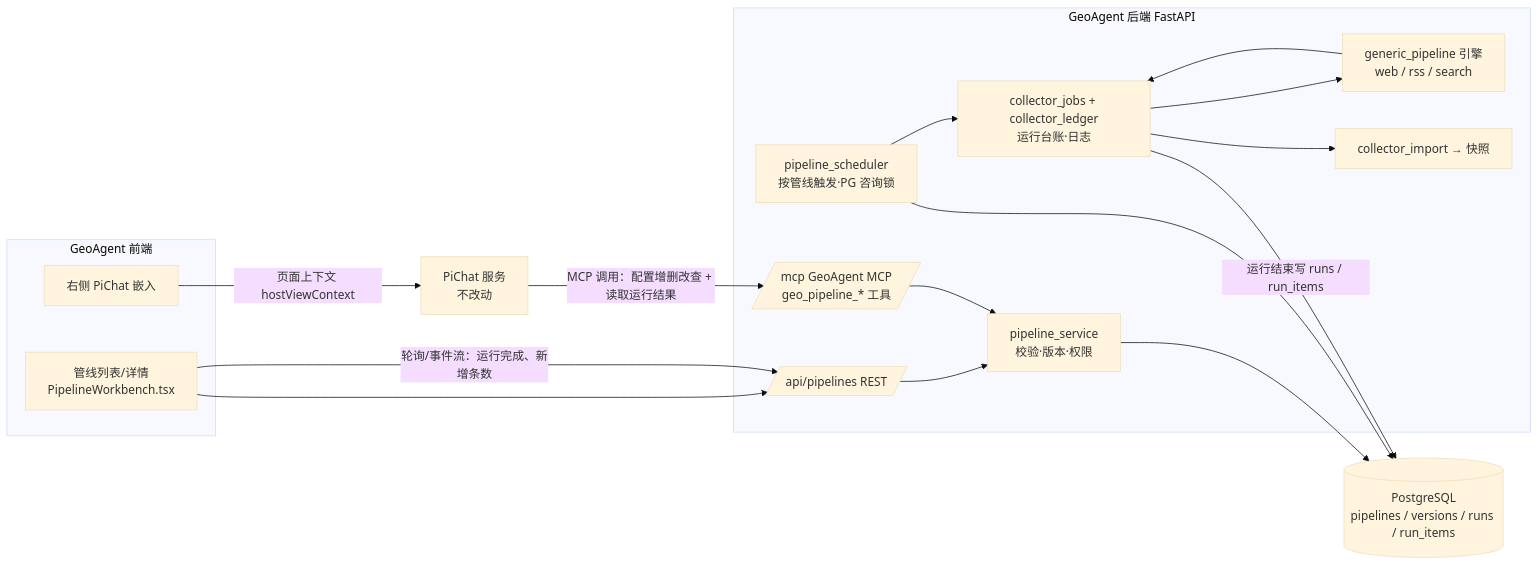
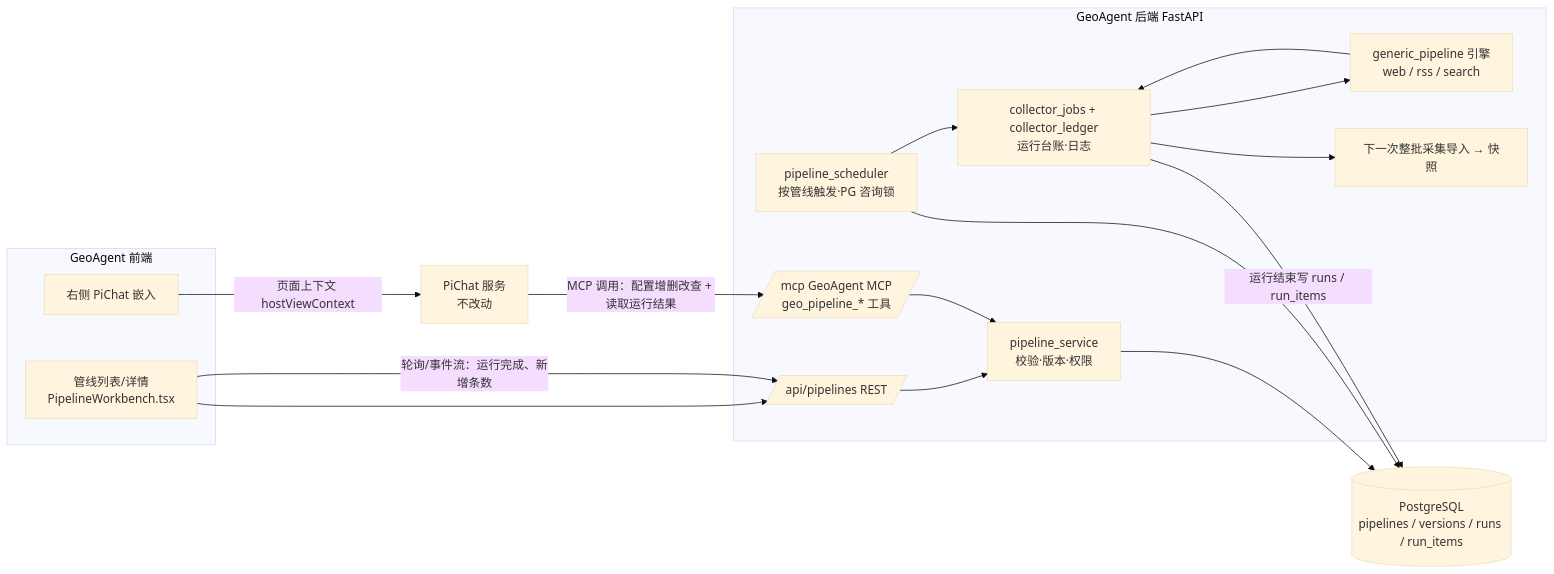
The diagram in docs/superpowers/specs/2026-11-11-采集管线自定义配置设计.md (ryanwu2023/GeoAgent), drawn with Mermaid (base theme) before and after one commit. The commit also changed other lines of this file and 1 other file, not shown here.

````diff
--- a/docs/superpowers/specs/2026-11-11-采集管线自定义配置设计.md
+++ b/docs/superpowers/specs/2026-11-11-采集管线自定义配置设计.md
@@ -68,28 +68,28 @@
 ```mermaid
 flowchart LR
   subgraph UI[GeoAgent 前端]
     L[管线列表/详情<br/>PipelineWorkbench.tsx]
     R[右侧 PiChat 嵌入]
   end
   subgraph API[GeoAgent 后端 FastAPI]
     REST[/api/pipelines REST/]
     MCP[/mcp GeoAgent MCP<br/>geo_pipeline_* 工具/]
     SVC[pipeline_service<br/>校验·版本·权限]
     SCH[pipeline_scheduler<br/>按管线触发·PG 咨询锁]
     ENG[generic_pipeline 引擎<br/>web / rss / search]
     RUN[collector_jobs + collector_ledger<br/>运行台账·日志]
-    IMP[collector_import → 快照]
+    IMP[下一次整批采集导入 → 快照]
   end
   PG[(PostgreSQL<br/>pipelines / versions / runs / run_items)]
   PC[PiChat 服务<br/>不改动]
 
   L --> REST --> SVC
   L -- 轮询/事件流：运行完成、新增条数 --> REST
   R -- 页面上下文 hostViewContext --> PC
   PC -- MCP 调用：配置增删改查 + 读取运行结果 --> MCP --> SVC
   SVC --> PG
   SCH --> PG
   SCH --> RUN --> ENG
   ENG --> RUN --> IMP
   RUN -- 运行结束写 runs / run_items --> PG
 ```
````
